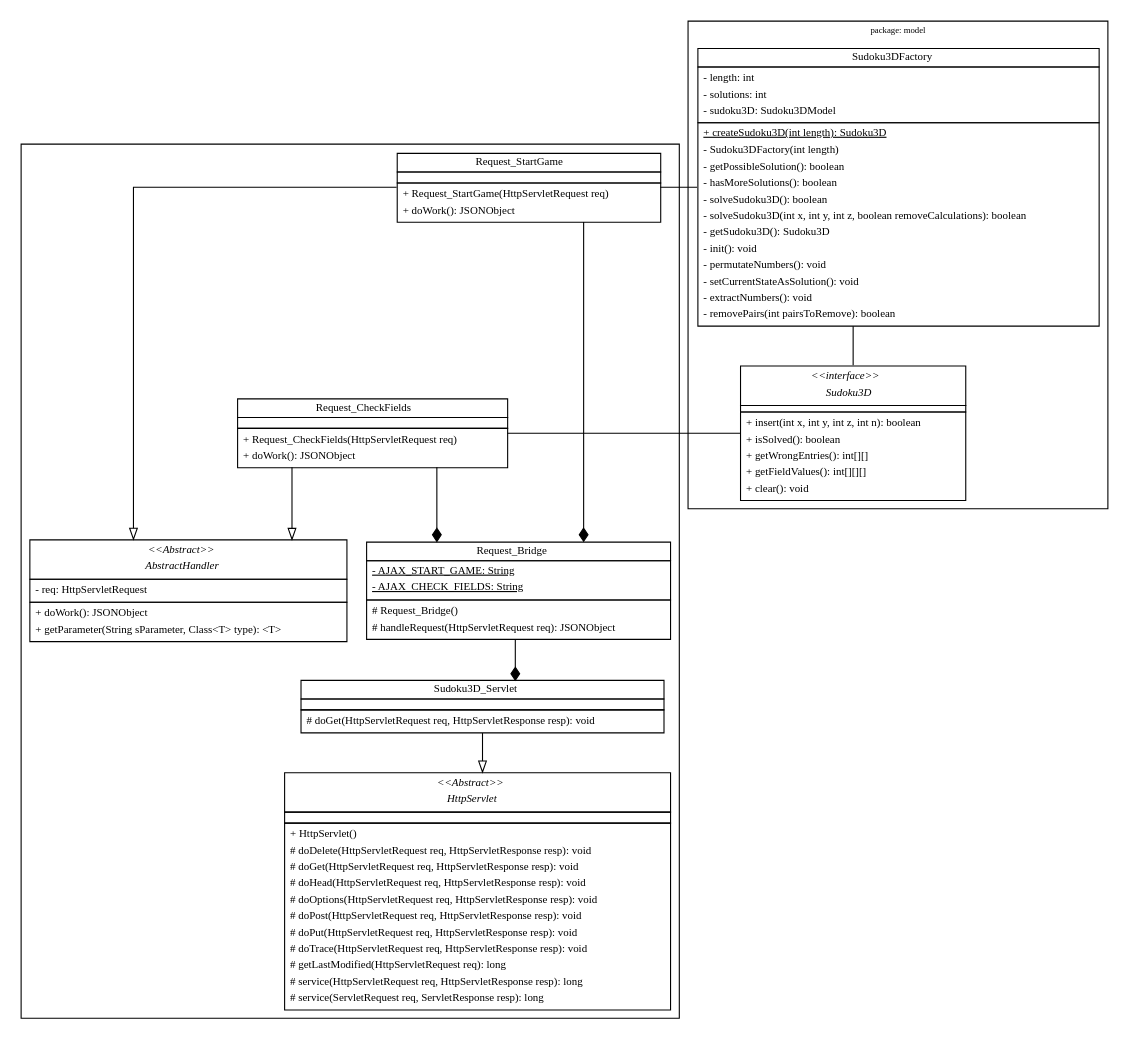
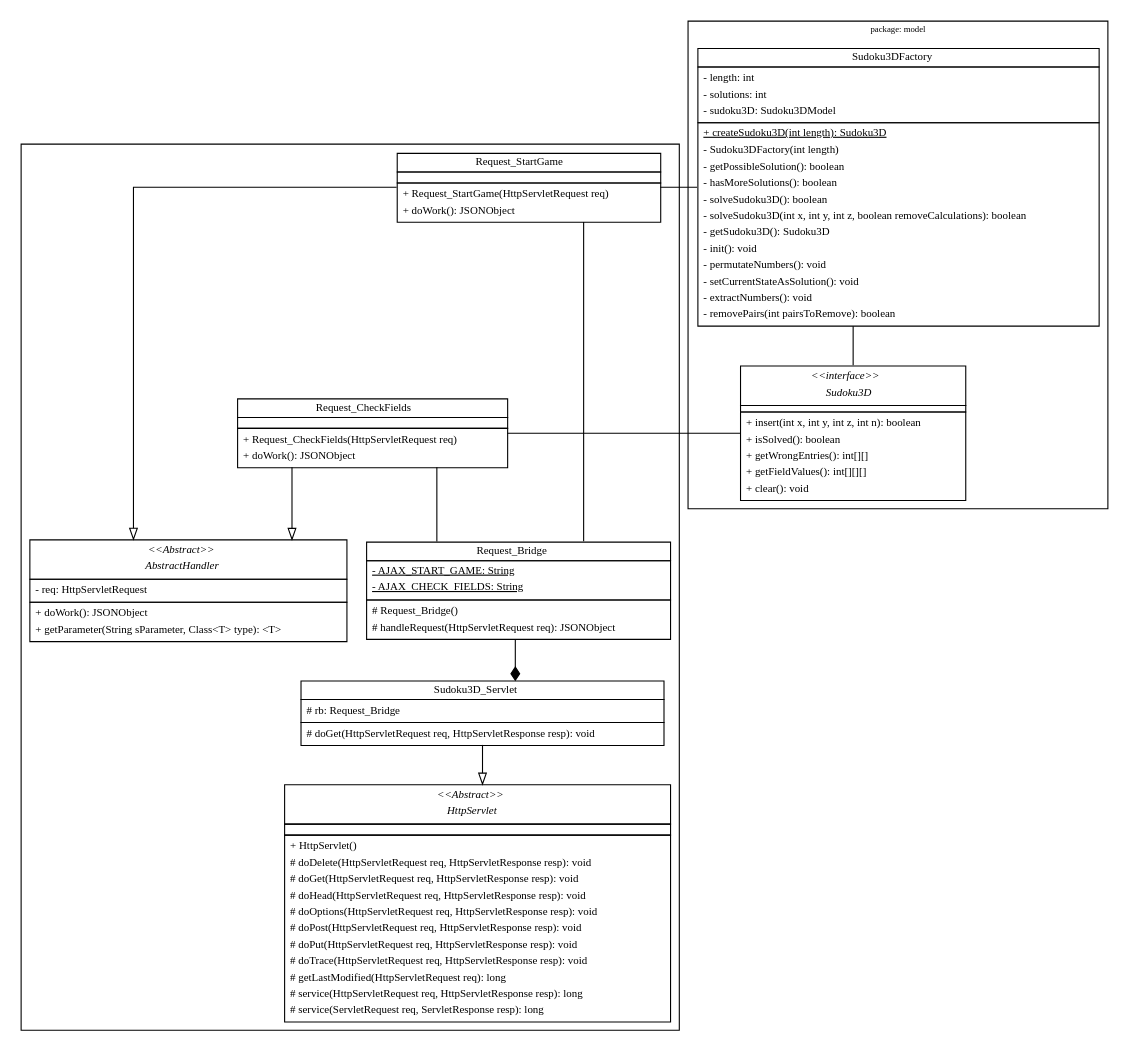
Before and after one commit to Mavpotter/Sudoku3D: the diagram in doc/controller.dot, drawn with Graphviz.

Commit message:
Korrektur_DOT_UML[Allgemein/UML-Diagramm]
	Die Beziehungen zwischen den Handlern und der Request_Bridge
	wurde bearbeitet und dem Servlet wurde die Request_Bridge als
	Attribut hinzugefügt;

```diff
--- a/doc/controller.dot
+++ b/doc/controller.dot
@@ -128,7 +128,7 @@
                 <tr>
                     <td>
                         <table border="0" cellspacing="0" cellborder="0">
-                            <tr><td align="left"></td></tr>
+                            <tr><td align="left"># rb: Request_Bridge</td></tr>
                         </table>
                     </td>
                 </tr>
@@ -258,8 +258,8 @@
     request_startgame -> sudoku3dfactory [arrowhead=none]
     request_checkfields -> abstracthandler [arrowhead=onormal]
     request_checkfields -> sudoku3d [arrowhead=none]
-    request_startgame -> request_bridge [arrowhead=diamond]
-    request_checkfields -> request_bridge [arrowhead=diamond]
+    request_startgame -> request_bridge [arrowhead=none]
+    request_checkfields -> request_bridge [arrowhead=none]
     request_bridge -> sudoku3D_servlet [arrowhead=diamond]
     sudoku3D_servlet -> httpservlet [arrowhead=onormal]
 }
```
